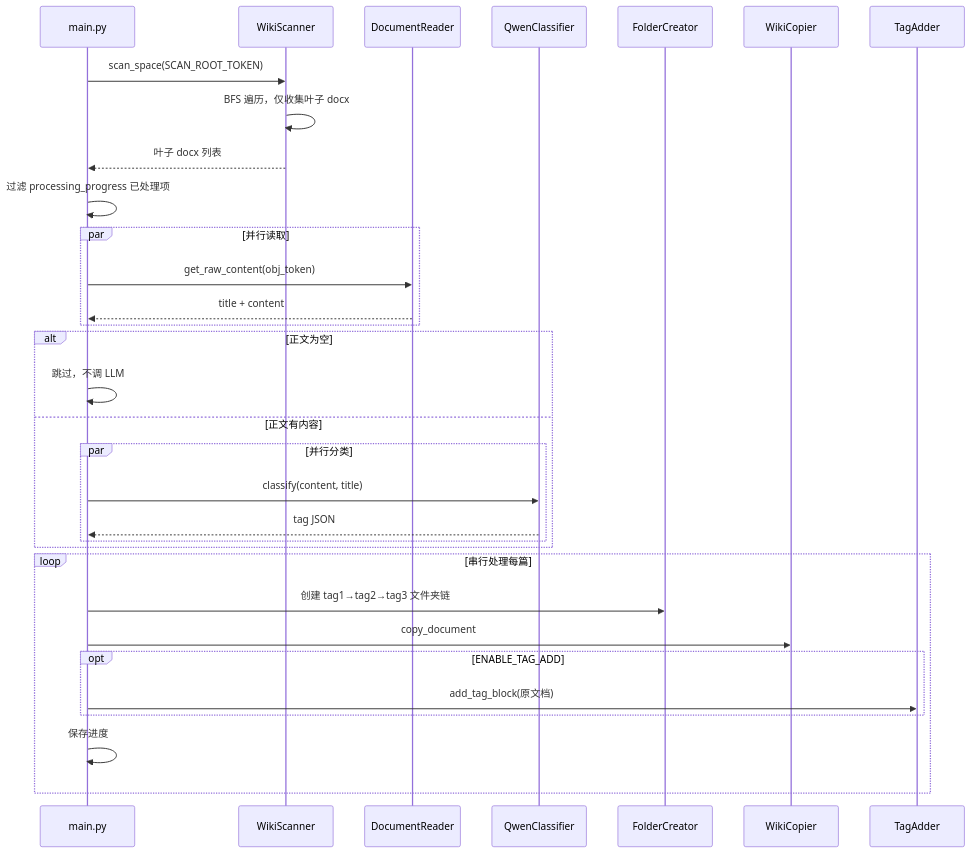
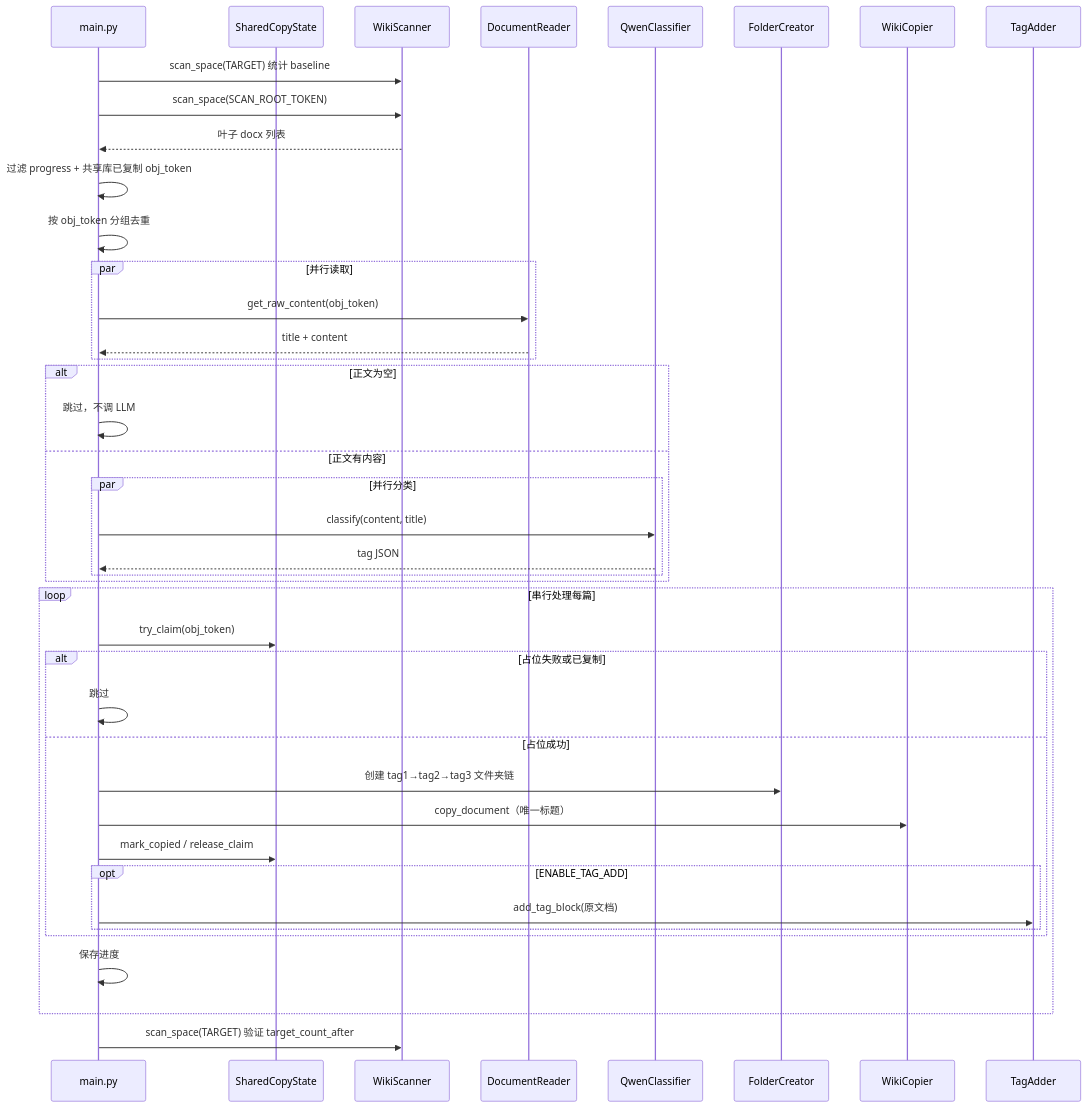
Before and after one commit to Leonard49/AI_DocClassifier: the eighth of 9 diagrams in docs/AI_DocClassifier说明文档.md, drawn with Mermaid. The commit also changed other lines of this file and 1 other file, not shown here.

````diff
--- a/docs/AI_DocClassifier说明文档.md
+++ b/docs/AI_DocClassifier说明文档.md
@@ -589,39 +721,49 @@
 ```mermaid
 sequenceDiagram
     participant M as main.py
+    participant SS as SharedCopyState
     participant S as WikiScanner
     participant R as DocumentReader
     participant C as QwenClassifier
     participant F as FolderCreator
     participant CP as WikiCopier
     participant T as TagAdder
 
+    M->>S: scan_space(TARGET) 统计 baseline
     M->>S: scan_space(SCAN_ROOT_TOKEN)
-    S->>S: BFS 遍历，仅收集叶子 docx
     S-->>M: 叶子 docx 列表
 
-    M->>M: 过滤 processing_progress 已处理项
+    M->>M: 过滤 progress + 共享库已复制 obj_token
+    M->>M: 按 obj_token 分组去重
 
     par 并行读取
         M->>R: get_raw_content(obj_token)
         R-->>M: title + content
     end
 
     alt 正文为空
         M->>M: 跳过，不调 LLM
     else 正文有内容
         par 并行分类
             M->>C: classify(content, title)
             C-->>M: tag JSON
         end
     end
 
     loop 串行处理每篇
-        M->>F: 创建 tag1→tag2→tag3 文件夹链
-        M->>CP: copy_document
-        opt ENABLE_TAG_ADD
-            M->>T: add_tag_block(原文档)
+        M->>SS: try_claim(obj_token)
+        alt 占位失败或已复制
+            M->>M: 跳过
+        else 占位成功
+            M->>F: 创建 tag1→tag2→tag3 文件夹链
+            M->>CP: copy_document（唯一标题）
+            M->>SS: mark_copied / release_claim
+            opt ENABLE_TAG_ADD
+                M->>T: add_tag_block(原文档)
+            end
         end
         M->>M: 保存进度
     end
+
+    M->>S: scan_space(TARGET) 验证 target_count_after
 ```
````
